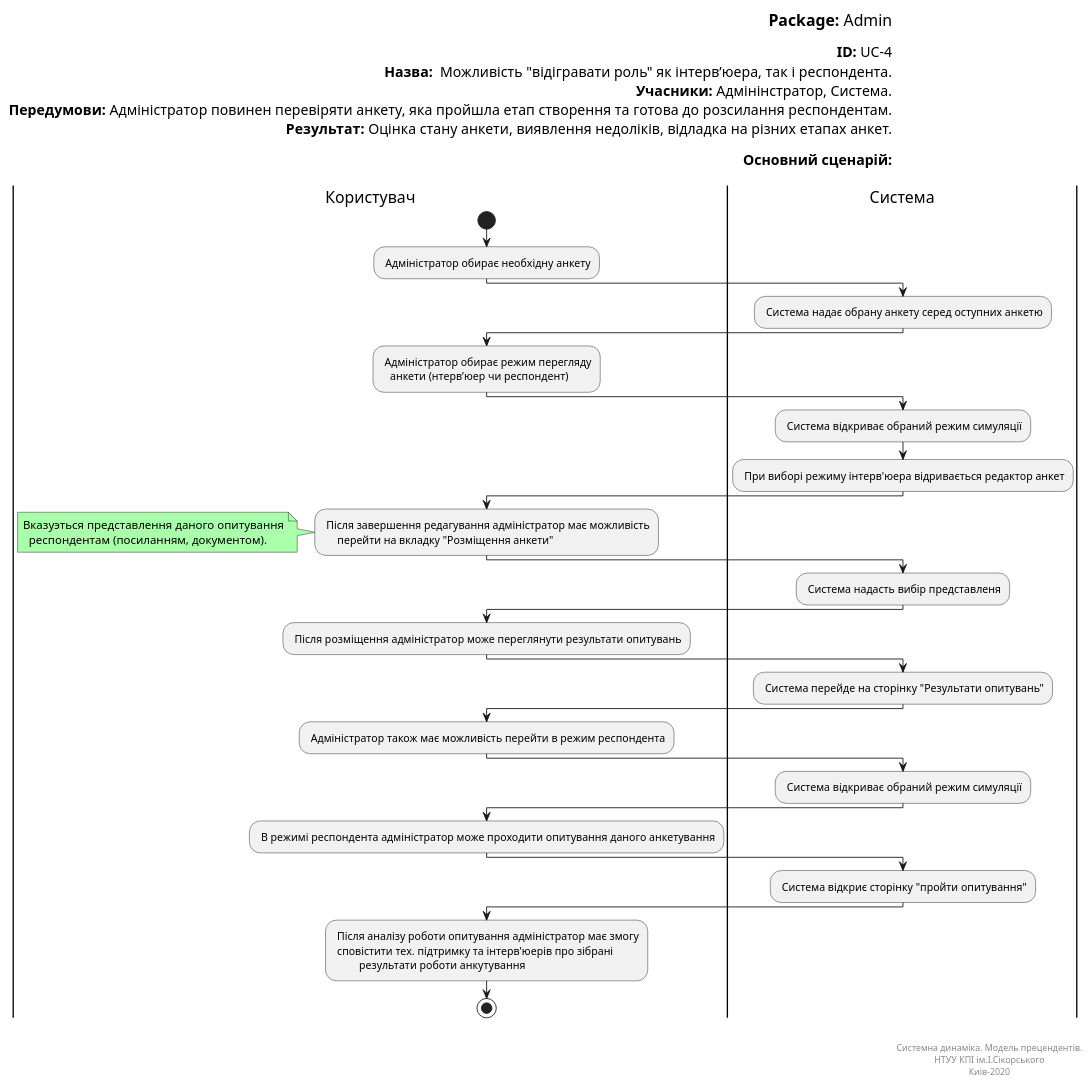
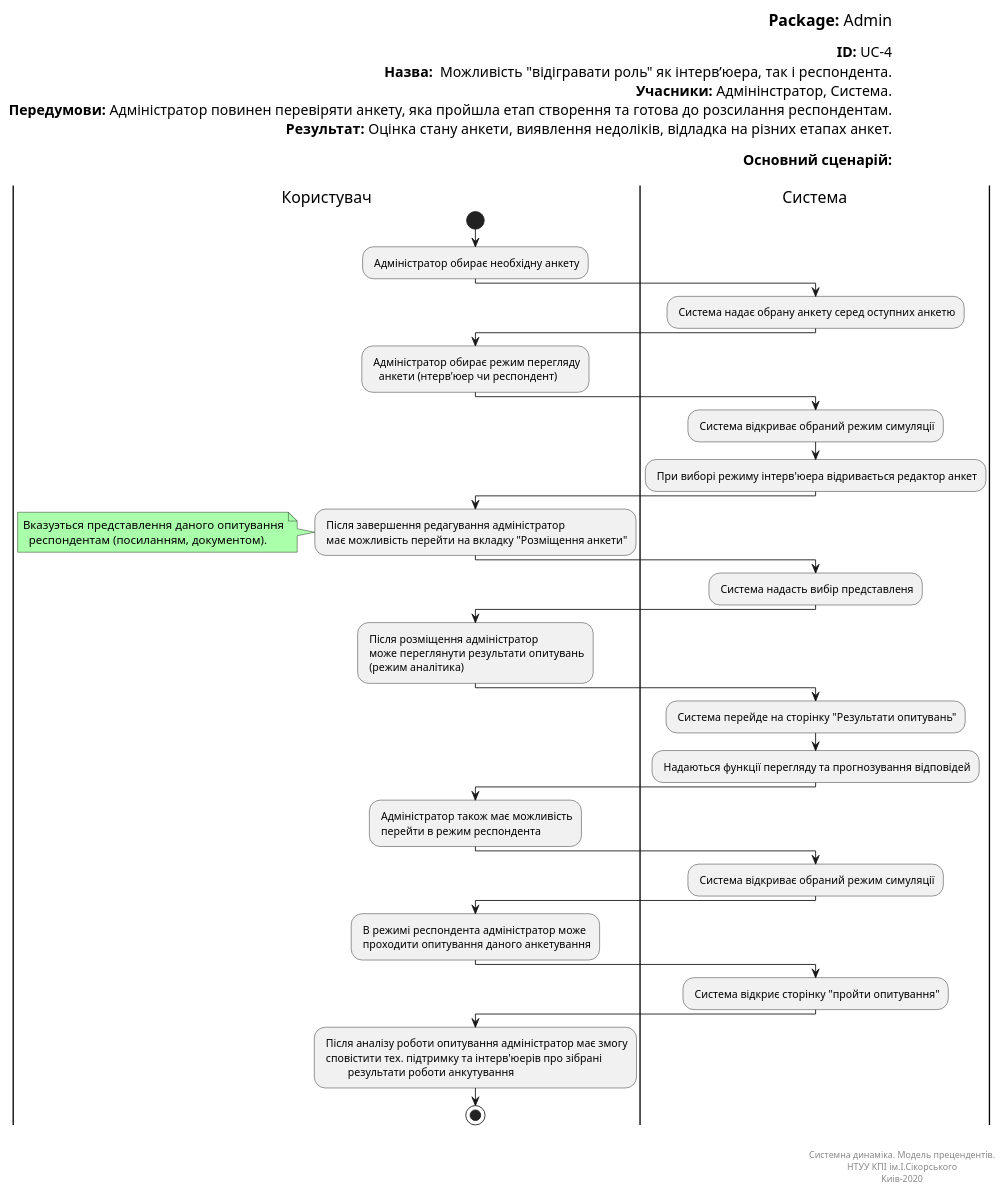
One commit to ip-85/System-Dynamics changed the diagram in Doc/UMLDiagrams/scenarios/admin/Diagrams/UML/UC4.pu. Above: the diagram before and after it, drawn with PlantUML. The commit also changed 10 other files, not shown here.

```diff
--- a/Doc/UMLDiagrams/scenarios/admin/Diagrams/UML/UC4.pu
+++ b/Doc/UMLDiagrams/scenarios/admin/Diagrams/UML/UC4.pu
@@ -1,77 +1,83 @@
  @startuml Roles Simulation
 left header
 <font color=000 size=18><b>Package:</b> Admin
 
 <font color=000 size=16><b>ID:</b> UC-4
 <font color=000 size=16><b>Назва:</b>  Можливість "відігравати роль" як інтерв’юера, так і респондента.
 <font color=000 size=16><b>Учасники:</b> Адмінінстратор, Система.
 <font color=000 size=16><b>Передумови:</b> Адміністратор повинен перевіряти анкету, яка пройшла етап створення та готова до розсилання респондентам.
 <font color=000 size=16><b>Результат:</b> Оцінка стану анкети, виявлення недоліків, відладка на різних етапах анкет.
 
 <font color=000 size=16><b>Основний сценарій:</b>
 
 end header
 
 |Користувач|
 start
 : Адміністратор обирає необхідну анкету;
 
 |Система|
 : Система надає обрану анкету серед оступних анкетю;
 
 |Користувач|
 : Адміністратор обирає режим перегляду 
     анкети (нтерв’юер чи респондент);
 
 |Система|
 : Система відкриває обраний режим симуляції;
 
 : При виборі режиму інтерв'юера відривається редактор анкет;
 
 |Користувач|
-: Після завершення редагування адміністратор має можливість
-      перейти на вкладку "Розміщення анкети";
+: Після завершення редагування адміністратор
+  має можливість перейти на вкладку "Розміщення анкети";
 
 note left #aaffaa
   Вказуэться представлення даного опитування
     респондентам (посиланням, документом).
 end note
 
 
 |Система|
 : Система надасть вибір представленя;
 
 |Користувач|
-: Після розміщення адміністратор може переглянути результати опитувань;
+: Після розміщення адміністратор
+  може переглянути результати опитувань
+  (режим аналітика);
 
 |Система|
 : Система перейде на сторінку "Результати опитувань";
 
+: Надаються функції перегляду та прогнозування відповідей;
+
 |Користувач|
-: Адміністратор також має можливість перейти в режим респондента;
+: Адміністратор також має можливість
+  перейти в режим респондента;
 
 |Система|
 : Система відкриває обраний режим симуляції;
 
 |Користувач|
-: В режимі респондента адміністратор може проходити опитування даного анкетування;
+: В режимі респондента адміністратор може
+  проходити опитування даного анкетування;
 
 |Система|
 : Система відкриє сторінку "пройти опитування";
 
 |Користувач|
 : Після аналізу роботи опитування адміністратор має змогу
   сповістити тех. підтримку та інтерв'юерів про зібрані
           результати роботи анкутування;
 
 stop;
 
 right footer
 
 
 Системна динаміка. Модель прецендентів.
 НТУУ КПІ ім.І.Сікорського
 Киів-2020
 end footer
 
 @enduml
```
